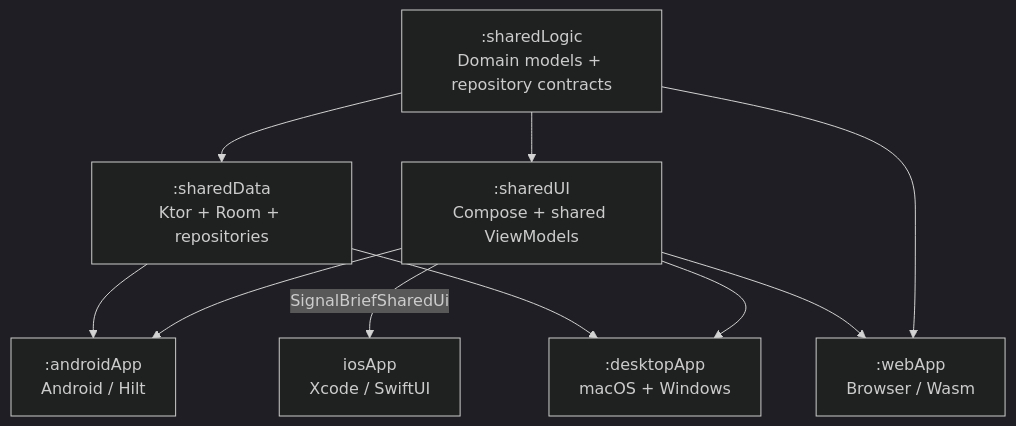
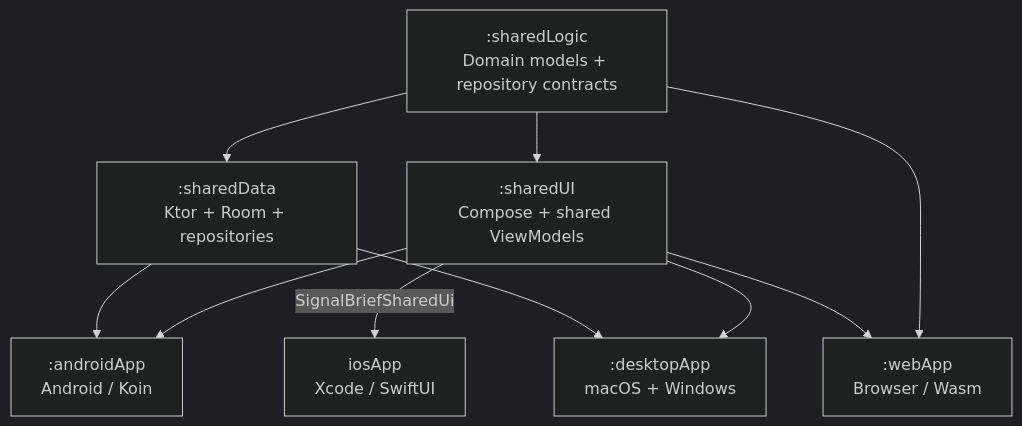
One commit to recipesforsoftware-pl/signalbrief changed the diagram in README.md. Above: the diagram before and after it, drawn with Mermaid (dark theme). The commit also changed other lines of this file and 7 other files, not shown here.

Commit message:
docs: refresh dependency injection architecture (#73)

````diff
--- a/README.md
+++ b/README.md
@@ -71,20 +71,20 @@
 ```mermaid
 flowchart TB
     sharedLogic[":sharedLogic<br/>Domain models + repository contracts"]
     sharedUI[":sharedUI<br/>Compose + shared ViewModels"]
     sharedData[":sharedData<br/>Ktor + Room + repositories"]
-    androidApp[":androidApp<br/>Android / Hilt"]
+    androidApp[":androidApp<br/>Android / Koin"]
     desktopApp[":desktopApp<br/>macOS + Windows"]
     iosApp["iosApp<br/>Xcode / SwiftUI"]
     webApp[":webApp<br/>Browser / Wasm"]
 
     sharedLogic --> sharedUI
     sharedLogic --> sharedData
     sharedLogic --> webApp
     sharedUI --> androidApp
     sharedUI --> desktopApp
     sharedUI -->|"SignalBriefSharedUi"| iosApp
     sharedUI --> webApp
     sharedData --> androidApp
     sharedData --> desktopApp
 ```
````
